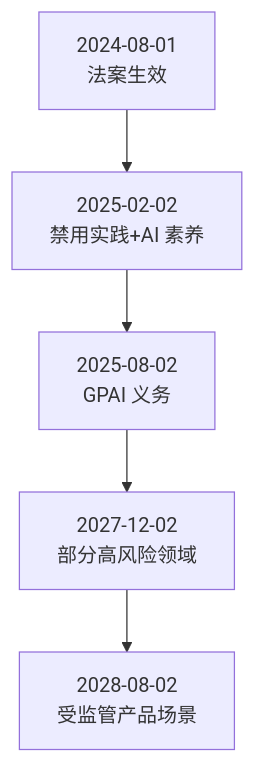
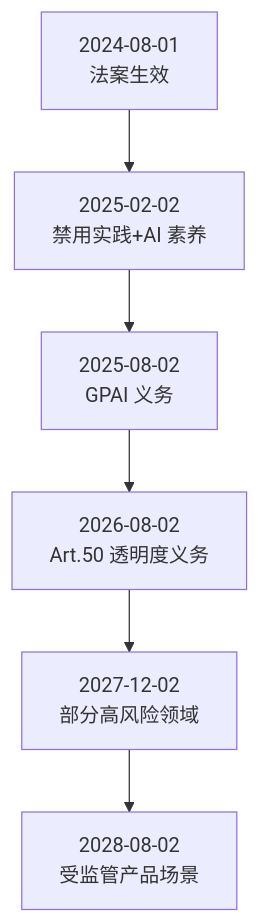
Before and after one commit to yeasy/ai_security_guide: the diagram in 11_governance/11.1_regulations.md, drawn with Mermaid. The commit also changed other lines of this file, not shown here.

````diff
--- a/11_governance/11.1_regulations.md
+++ b/11_governance/11.1_regulations.md
@@ -42,7 +43,8 @@
 ```mermaid
 flowchart TB
     A["2024-08-01<br/>法案生效"] --> B["2025-02-02<br/>禁用实践+AI 素养"]
     B --> C["2025-08-02<br/>GPAI 义务"]
-    C --> D["2027-12-02<br/>部分高风险领域"]
+    C --> T["2026-08-02<br/>Art.50 透明度义务"]
+    T --> D["2027-12-02<br/>部分高风险领域"]
     D --> E["2028-08-02<br/>受监管产品场景"]
 ```
````
